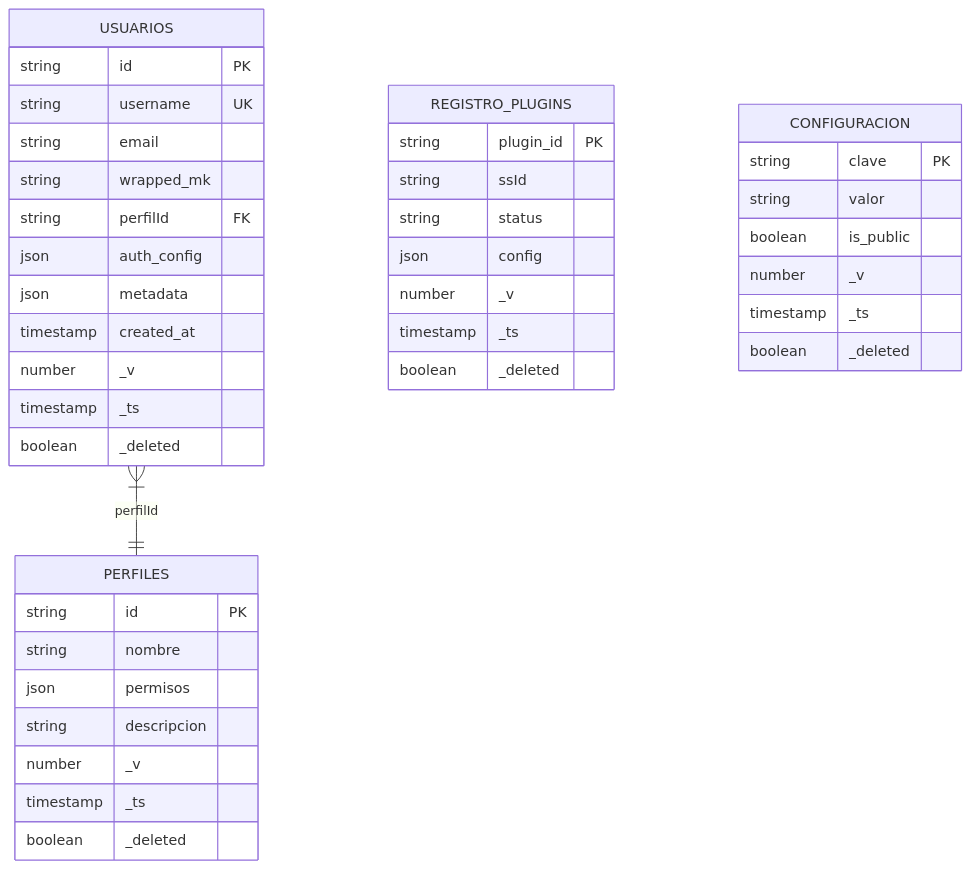
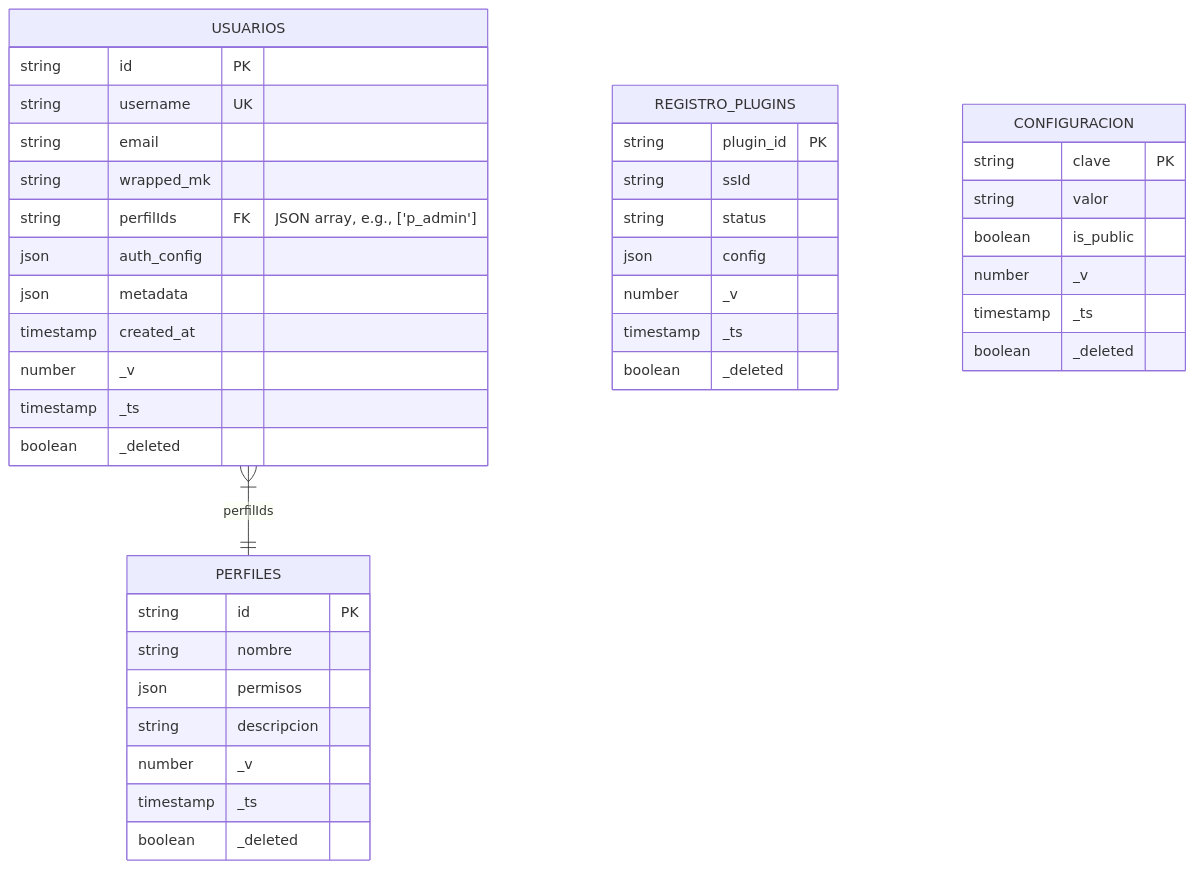
Before and after one commit to congre-admin/congre-admin: the second of 6 diagrams in docs/architecture/Core.md, drawn with Mermaid. The commit also changed other lines of this file and 46 other files, not shown here.

````diff
--- a/docs/architecture/Core.md
+++ b/docs/architecture/Core.md
@@ -84,47 +84,47 @@
 ```mermaid
 erDiagram
     USUARIOS {
         string id PK
         string username UK
         string email
         string wrapped_mk
-        string perfilId FK
+        string perfilIds FK  "JSON array, e.g., ['p_admin']"
         json auth_config
         json metadata
         timestamp created_at
         number _v
         timestamp _ts
         boolean _deleted
     }
     
     PERFILES {
         string id PK
         string nombre
         json permisos
         string descripcion
         number _v
         timestamp _ts
         boolean _deleted
     }
     
     REGISTRO_PLUGINS {
         string plugin_id PK
         string ssId
         string status
         json config
         number _v
         timestamp _ts
         boolean _deleted
     }
     
     CONFIGURACION {
         string clave PK
         string valor
         boolean is_public
         number _v
         timestamp _ts
         boolean _deleted
     }
     
-    USUARIOS }|--|| PERFILES : "perfilId"
+    USUARIOS }|--|| PERFILES : "perfilIds"
 ```
````
